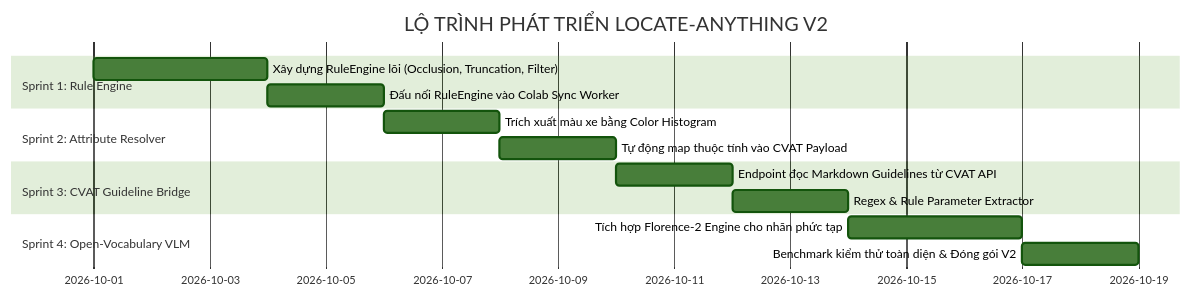
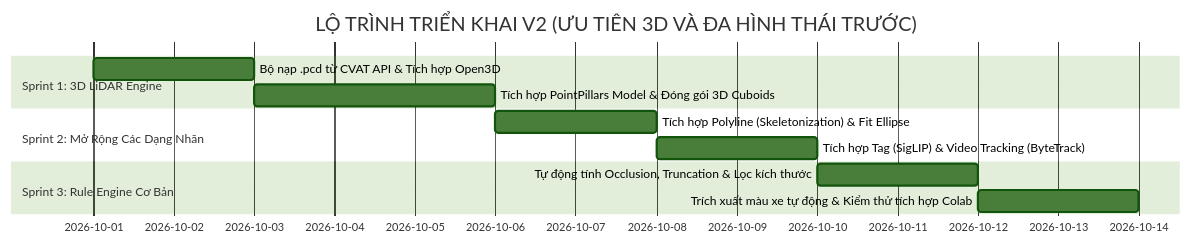
One commit to Wanlee199/locate-anything changed the second of 2 diagrams in ROADMAP_V2.md. Above: the diagram before and after it, drawn with Mermaid (forest theme). The commit also changed other lines of this file and 8 other files, not shown here.

````diff
--- a/ROADMAP_V2.md
+++ b/ROADMAP_V2.md
@@ -329,17 +389,14 @@
 ```mermaid
 gantt
-    title LỘ TRÌNH PHÁT TRIỂN LOCATE-ANYTHING V2
+    title LỘ TRÌNH TRIỂN KHAI V2 (ƯU TIÊN 3D VÀ ĐA HÌNH THÁI TRƯỚC)
     dateFormat  YYYY-MM-DD
-    section Sprint 1: Rule Engine
-    Xây dựng RuleEngine lõi (Occlusion, Truncation, Filter) :2026-10-01, 3d
-    Đấu nối RuleEngine vào Colab Sync Worker              :2026-10-04, 2d
-    section Sprint 2: Attribute Resolver
-    Trích xuất màu xe bằng Color Histogram               :2026-10-06, 2d
-    Tự động map thuộc tính vào CVAT Payload              :2026-10-08, 2d
-    section Sprint 3: CVAT Guideline Bridge
-    Endpoint đọc Markdown Guidelines từ CVAT API         :2026-10-10, 2d
-    Regex & Rule Parameter Extractor                     :2026-10-12, 2d
-    section Sprint 4: Open-Vocabulary VLM
-    Tích hợp Florence-2 Engine cho nhãn phức tạp        :2026-10-14, 3d
-    Benchmark kiểm thử toàn diện & Đóng gói V2           :2026-10-17, 2d
+    section Sprint 1: 3D LiDAR Engine
+    Bộ nạp .pcd từ CVAT API & Tích hợp Open3D             :2026-10-01, 2d
+    Tích hợp PointPillars Model & Đóng gói 3D Cuboids    :2026-10-03, 3d
+    section Sprint 2: Mở Rộng Các Dạng Nhãn
+    Tích hợp Polyline (Skeletonization) & Fit Ellipse     :2026-10-06, 2d
+    Tích hợp Tag (SigLIP) & Video Tracking (ByteTrack)    :2026-10-08, 2d
+    section Sprint 3: Rule Engine Cơ Bản
+    Tự động tính Occlusion, Truncation & Lọc kích thước   :2026-10-10, 2d
+    Trích xuất màu xe tự động & Kiểm thử tích hợp Colab   :2026-10-12, 2d
 ```
````
